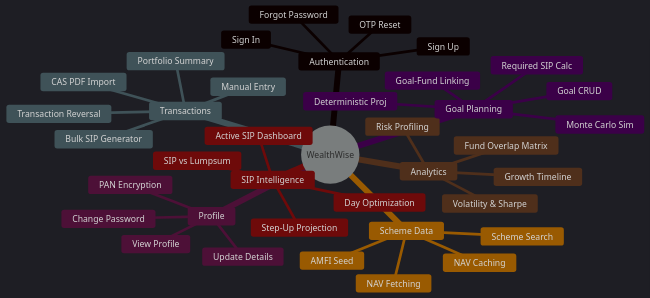
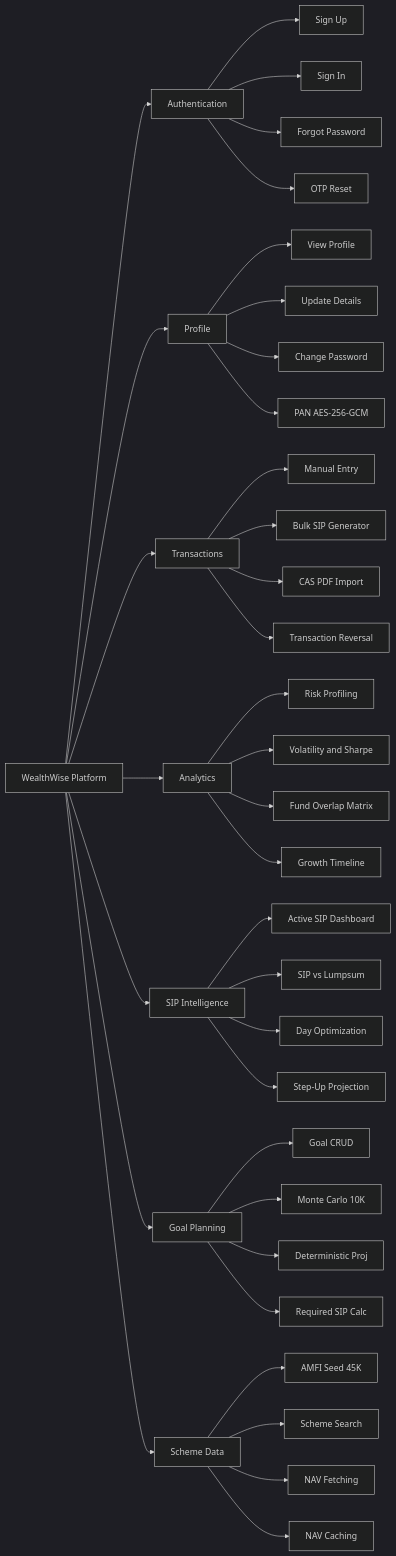
One commit to BhuvanNagesh/VTU_INTERN_2026_TEAM11_JAVA changed the diagram in docs/02_Software_Requirements_Specification.md. Above: the diagram before and after it, drawn with Mermaid (dark theme). The commit also changed 4 other files, not shown here.

First line of the commit message:
fix: repair all Mermaid diagrams in docs for proper PDF rendering

````diff
--- a/docs/02_Software_Requirements_Specification.md
+++ b/docs/02_Software_Requirements_Specification.md
@@ -73,41 +73,46 @@
 ```mermaid
-mindmap
-  root((WealthWise))
-    Authentication
-      Sign Up
-      Sign In
-      Forgot Password
-      OTP Reset
-    Profile
-      View Profile
-      Update Details
-      Change Password
-      PAN Encryption
-    Transactions
-      Manual Entry
-      Bulk SIP Generator
-      CAS PDF Import
-      Transaction Reversal
-      Portfolio Summary
-    Analytics
-      Risk Profiling
-      Volatility & Sharpe
-      Fund Overlap Matrix
-      Growth Timeline
-    SIP Intelligence
-      Active SIP Dashboard
-      SIP vs Lumpsum
-      Day Optimization
-      Step-Up Projection
-    Goal Planning
-      Goal CRUD
-      Monte Carlo Sim
-      Deterministic Proj
-      Required SIP Calc
-      Goal-Fund Linking
-    Scheme Data
-      AMFI Seed
-      Scheme Search
-      NAV Fetching
-      NAV Caching
+flowchart LR
+    WW[WealthWise Platform]
+
+    WW --> A[Authentication]
+    A --> A1[Sign Up]
+    A --> A2[Sign In]
+    A --> A3[Forgot Password]
+    A --> A4[OTP Reset]
+
+    WW --> B[Profile]
+    B --> B1[View Profile]
+    B --> B2[Update Details]
+    B --> B3[Change Password]
+    B --> B4[PAN AES-256-GCM]
+
+    WW --> C[Transactions]
+    C --> C1[Manual Entry]
+    C --> C2[Bulk SIP Generator]
+    C --> C3[CAS PDF Import]
+    C --> C4[Transaction Reversal]
+
+    WW --> D[Analytics]
+    D --> D1[Risk Profiling]
+    D --> D2[Volatility and Sharpe]
+    D --> D3[Fund Overlap Matrix]
+    D --> D4[Growth Timeline]
+
+    WW --> E[SIP Intelligence]
+    E --> E1[Active SIP Dashboard]
+    E --> E2[SIP vs Lumpsum]
+    E --> E3[Day Optimization]
+    E --> E4[Step-Up Projection]
+
+    WW --> F[Goal Planning]
+    F --> F1[Goal CRUD]
+    F --> F2[Monte Carlo 10K]
+    F --> F3[Deterministic Proj]
+    F --> F4[Required SIP Calc]
+
+    WW --> G[Scheme Data]
+    G --> G1[AMFI Seed 45K]
+    G --> G2[Scheme Search]
+    G --> G3[NAV Fetching]
+    G --> G4[NAV Caching]
 ```
````
